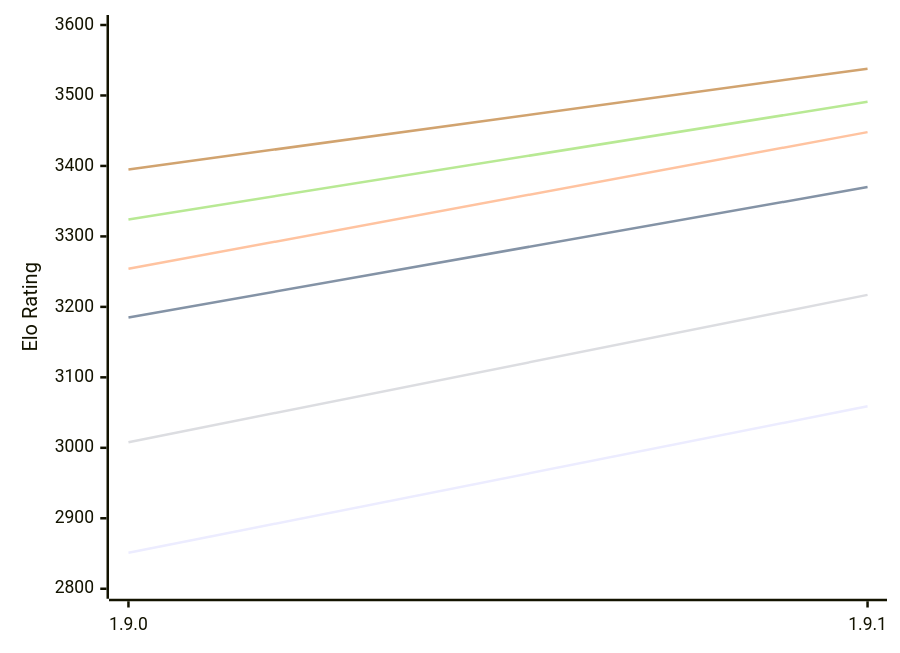
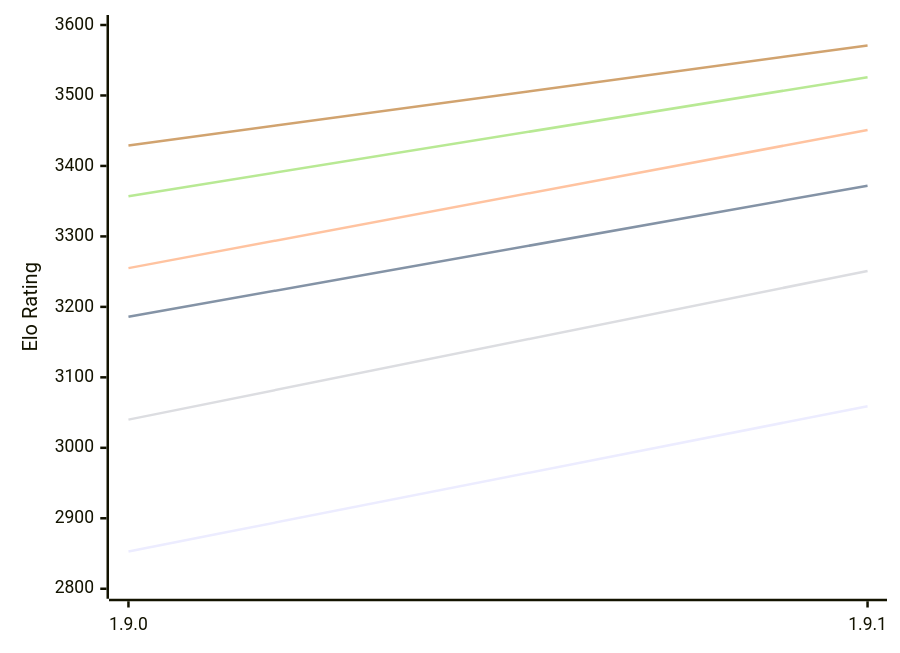
One commit to computer-chess-index/cci changed the diagram in engines/Superpawn.md. Above: the diagram before and after it, drawn with Mermaid. The commit also changed other lines of this file, not shown here.

Commit message:
Update CCI Ratings (ELO VLTC) - 2026-11-05

````diff
--- a/engines/Superpawn.md
+++ b/engines/Superpawn.md
@@ -49,12 +49,12 @@
 ```mermaid
 %%{init: {"theme":"base","themeVariables":{"seriesColors:['#a3a3a3','#222221','#faa371']}}}%%
 xychart-beta
   x-axis ["1.9.0", "1.9.1"]
   y-axis "Elo Rating" 2800 --> 3600
-  line "E1: STC (8.0+0.08s)" [2851, 3059]
-  line "E1: LTC (60.0+0.60s)" [3185, 3370]
-  line "E1: VLTC (2m24s+1.12s)" [3254, 3448]
-  line "P1: STC (8.0+0.08s)" [3008, 3217]
-  line "P1: LTC (60.0+0.60s)" [3324, 3491]
-  line "P1: VLTC (2m24s+1.12s)" [3395, 3538]
+  line "E1: STC (8.0+0.08s)" [2853, 3059]
+  line "E1: LTC (60.0+0.60s)" [3186, 3372]
+  line "E1: VLTC (2m24s+1.12s)" [3255, 3451]
+  line "P1: STC (8.0+0.08s)" [3040, 3251]
+  line "P1: LTC (60.0+0.60s)" [3357, 3526]
+  line "P1: VLTC (2m24s+1.12s)" [3429, 3571]
 ```
````
